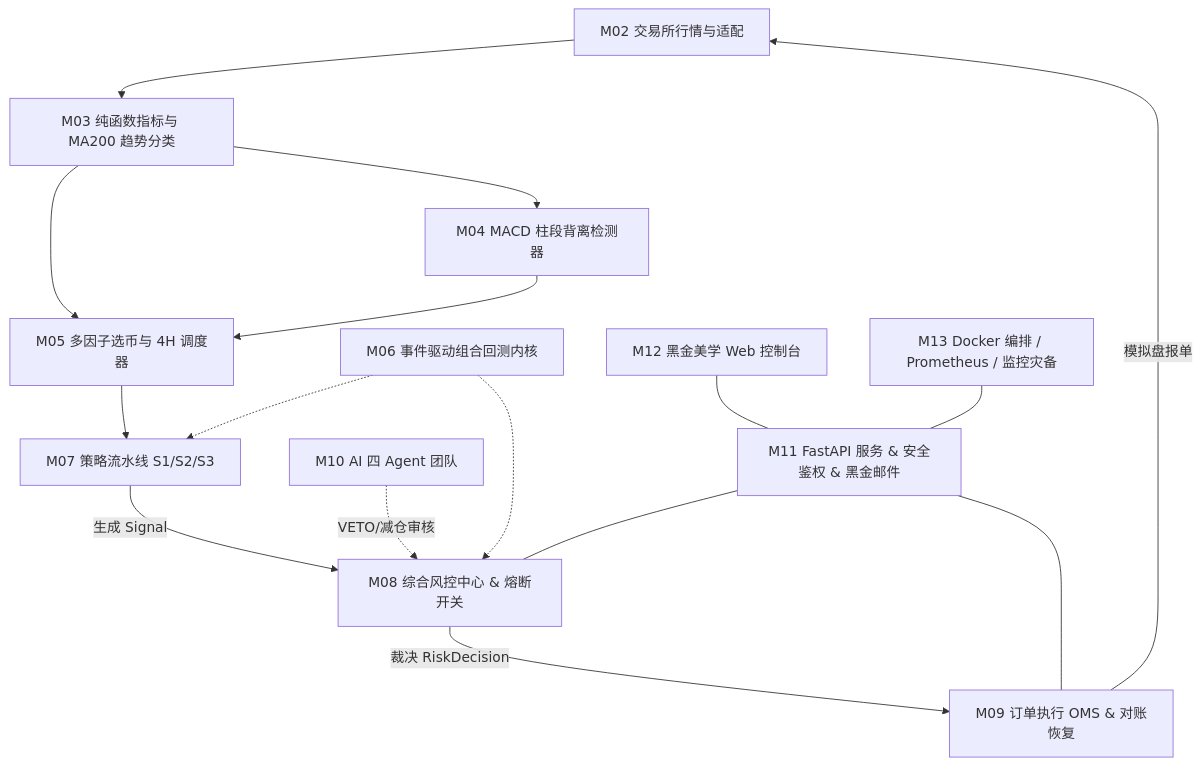
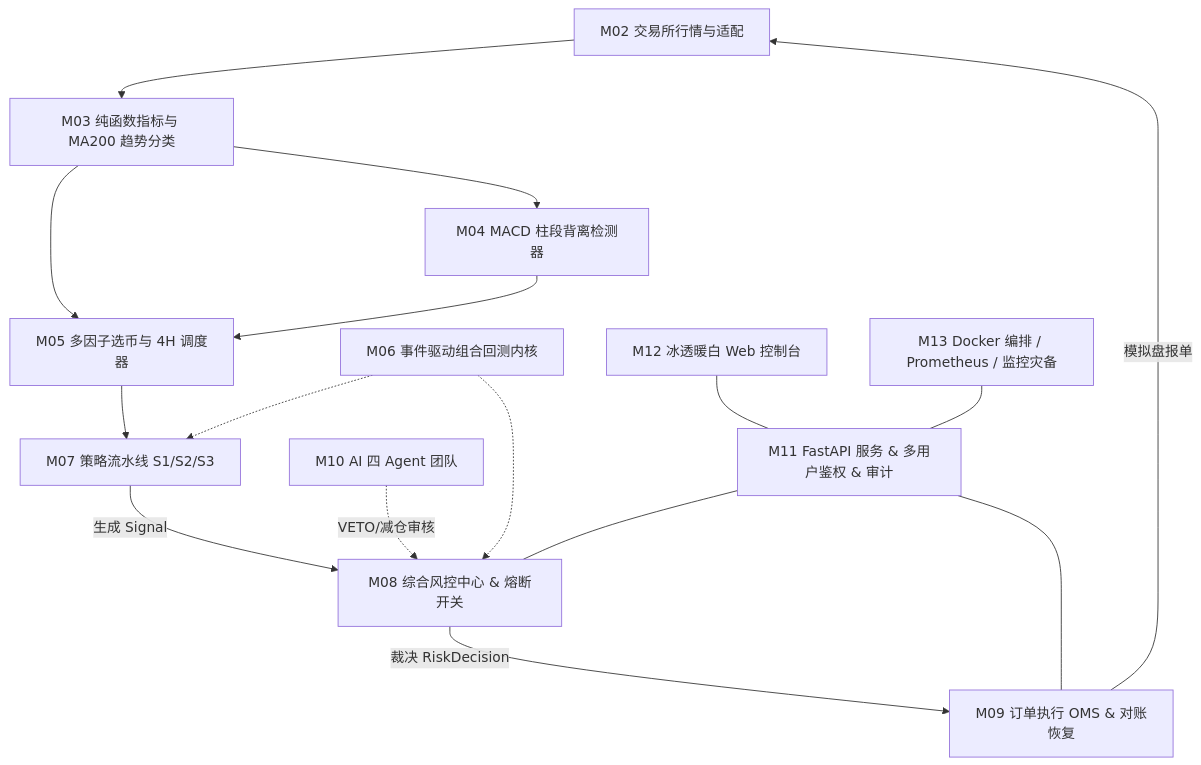
One commit to 1535273240sch-droid/divergence-quant changed the diagram in README.md. Above: the diagram before and after it, drawn with Mermaid. The commit also changed other lines of this file and 5 other files, not shown here.

````diff
--- a/README.md
+++ b/README.md
@@ -20,20 +20,20 @@
 ```mermaid
 flowchart TD
     M02[M02 交易所行情与适配] --> M03[M03 纯函数指标与 MA200 趋势分类]
     M03 --> M04[M04 MACD 柱段背离检测器]
     M03 --> M05[M05 多因子选币与 4H 调度器]
     M04 --> M05
     M05 --> M07[M07 策略流水线 S1/S2/S3]
     M07 -->|生成 Signal| M08[M08 综合风控中心 & 熔断开关]
     M10[M10 AI 四 Agent 团队] -.->|VETO/减仓审核| M08
     M08 -->|裁决 RiskDecision| M09[M09 订单执行 OMS & 对账恢复]
     M09 -->|模拟盘报单| M02
     
     M06[M06 事件驱动组合回测内核] -.-> M07
     M06 -.-> M08
     
-    M11[M11 FastAPI 服务 & 安全鉴权 & 黑金邮件] --- M08
+    M11[M11 FastAPI 服务 & 多用户鉴权 & 审计] --- M08
     M11 --- M09
-    M12[M12 黑金美学 Web 控制台] --- M11
+    M12[M12 冰透暖白 Web 控制台] --- M11
     M13[M13 Docker 编排 / Prometheus / 监控灾备] --- M11
 ```
````
